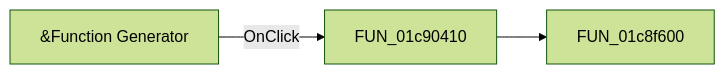
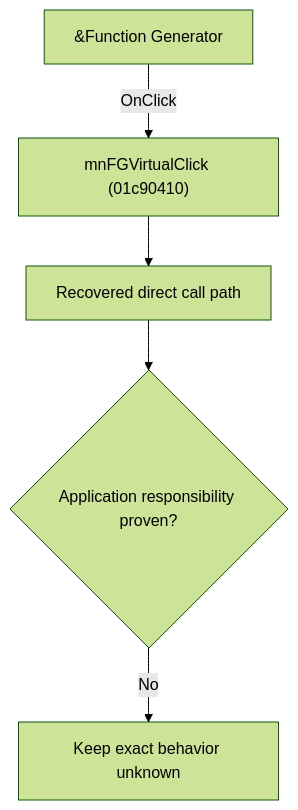
The diagram in docs/ui-controls/schematiceditor/functiongenerator-9a96e45e77.md (MovGP0/TIARA), drawn with Mermaid (forest theme) before and after one commit. The commit also changed other lines of this file and 1062 other files, not shown here.

````diff
--- a/docs/ui-controls/schematiceditor/functiongenerator-9a96e45e77.md
+++ b/docs/ui-controls/schematiceditor/functiongenerator-9a96e45e77.md
@@ -27,5 +27,7 @@
 ```mermaid
-flowchart LR
-    control["&Function Generator"] -->|OnClick| handler["FUN_01c90410"]
-    handler --> call1["FUN_01c8f600"]
+flowchart TD
+    control["&Function Generator"] -->|"OnClick"| handler["mnFGVirtualClick (01c90410)"]
+    handler --> recovered["Recovered direct call path"]
+    recovered --> gap{"Application responsibility proven?"}
+    gap -->|"No"| blocked["Keep exact behavior unknown"]
 ```
````
